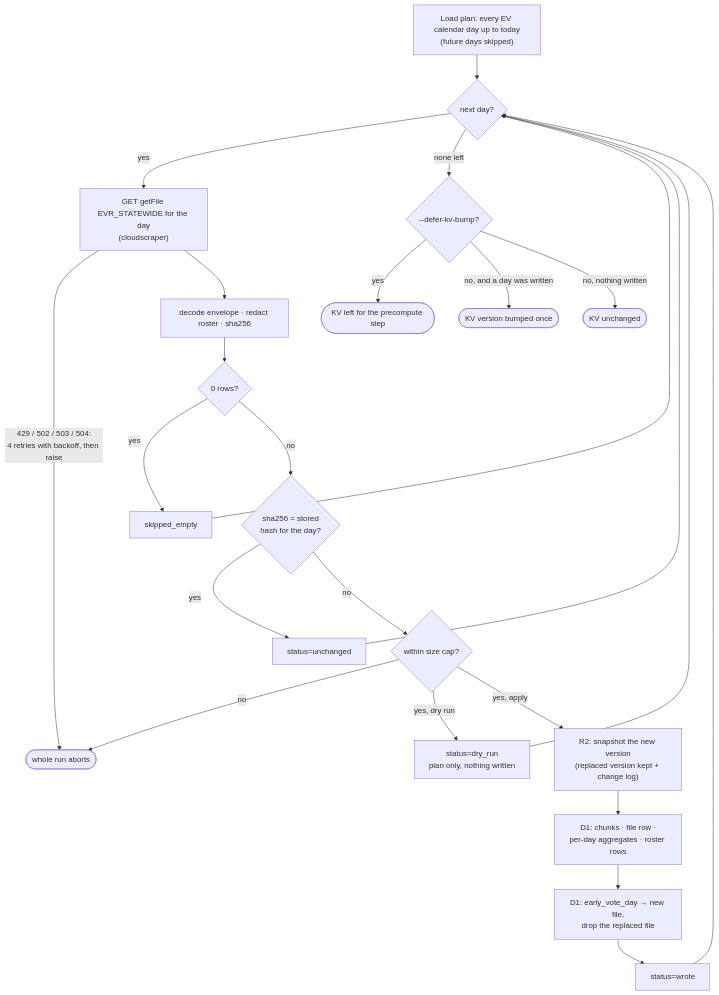
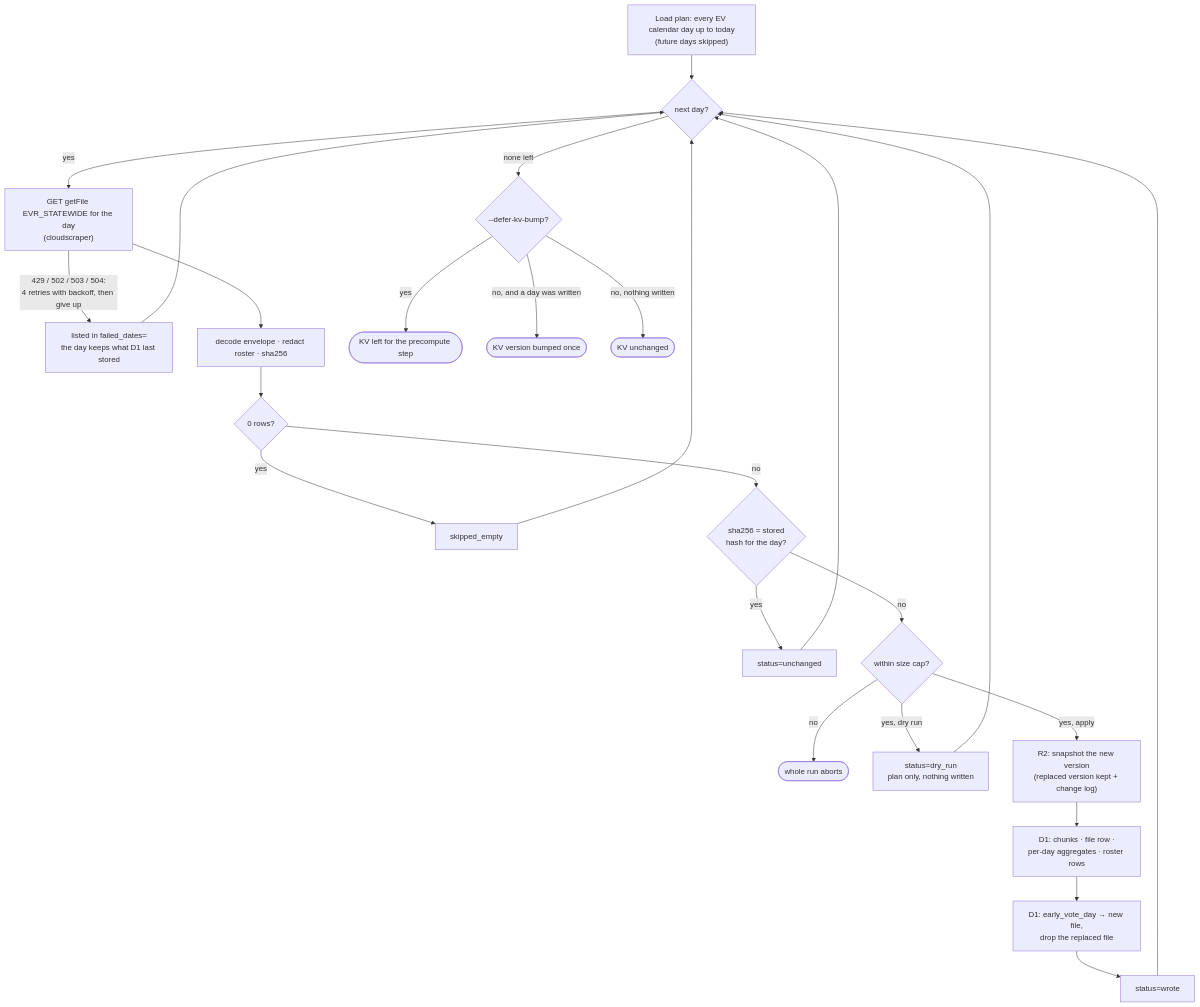
Before and after one commit to Abstract-Data/texas-turnout-scraper: the fourth of 11 diagrams in README.md, drawn with Mermaid. The commit also changed other lines of this file and 14 other files, not shown here.

````diff
--- a/README.md
+++ b/README.md
@@ -272,22 +276,22 @@
 ```mermaid
 flowchart TD
     plan["Load plan: every EV calendar day up to today<br/>(future days skipped)"] --> next{"next day?"}
     next -->|"yes"| get["GET getFile EVR_STATEWIDE for the day<br/>(cloudscraper)"]
-    get -->|"429 / 502 / 503 / 504:<br/>4 retries with backoff, then raise"| abort(["whole run aborts"])
+    get -->|"429 / 502 / 503 / 504:<br/>4 retries with backoff, then give up"| failed["listed in failed_dates=<br/>the day keeps what D1 last stored"] --> next
     get --> redact["decode envelope · redact roster · sha256"]
     redact --> empty{"0 rows?"}
     empty -->|yes| skip["skipped_empty"] --> next
     empty -->|no| same{"sha256 = stored<br/>hash for the day?"}
     same -->|yes| unchanged["status=unchanged"] --> next
     same -->|no| cap{"within size cap?"}
-    cap -->|no| abort
+    cap -->|no| abort(["whole run aborts"])
     cap -->|"yes, dry run"| dry["status=dry_run<br/>plan only, nothing written"] --> next
     cap -->|"yes, apply"| r2["R2: snapshot the new version<br/>(replaced version kept + change log)"]
     r2 --> d1["D1: chunks · file row ·<br/>per-day aggregates · roster rows"]
     d1 --> day["D1: early_vote_day → new file,<br/>drop the replaced file"]
     day --> wrote["status=wrote"] --> next
     next -->|"none left"| kv{"--defer-kv-bump?"}
     kv -->|yes| deferred(["KV left for the precompute step"])
     kv -->|"no, and a day was written"| bump(["KV version bumped once"])
     kv -->|"no, nothing written"| nobump(["KV unchanged"])
 ```
````
